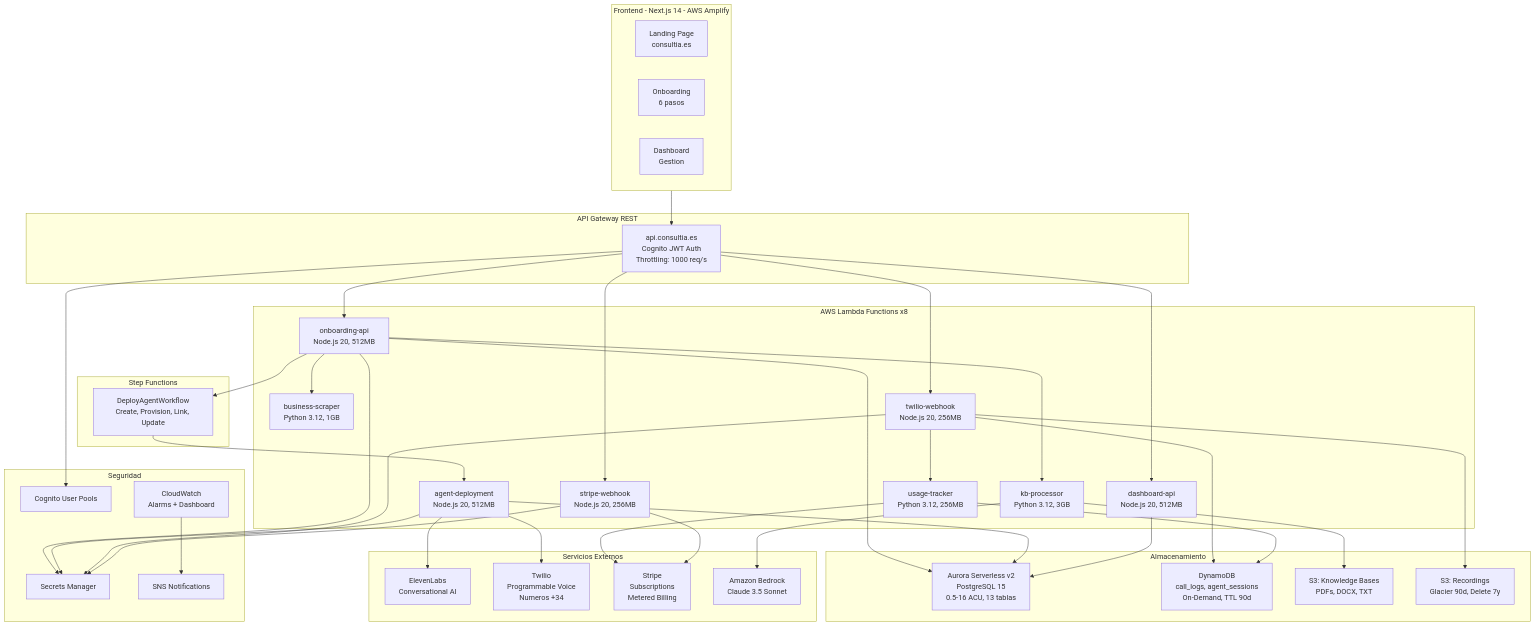
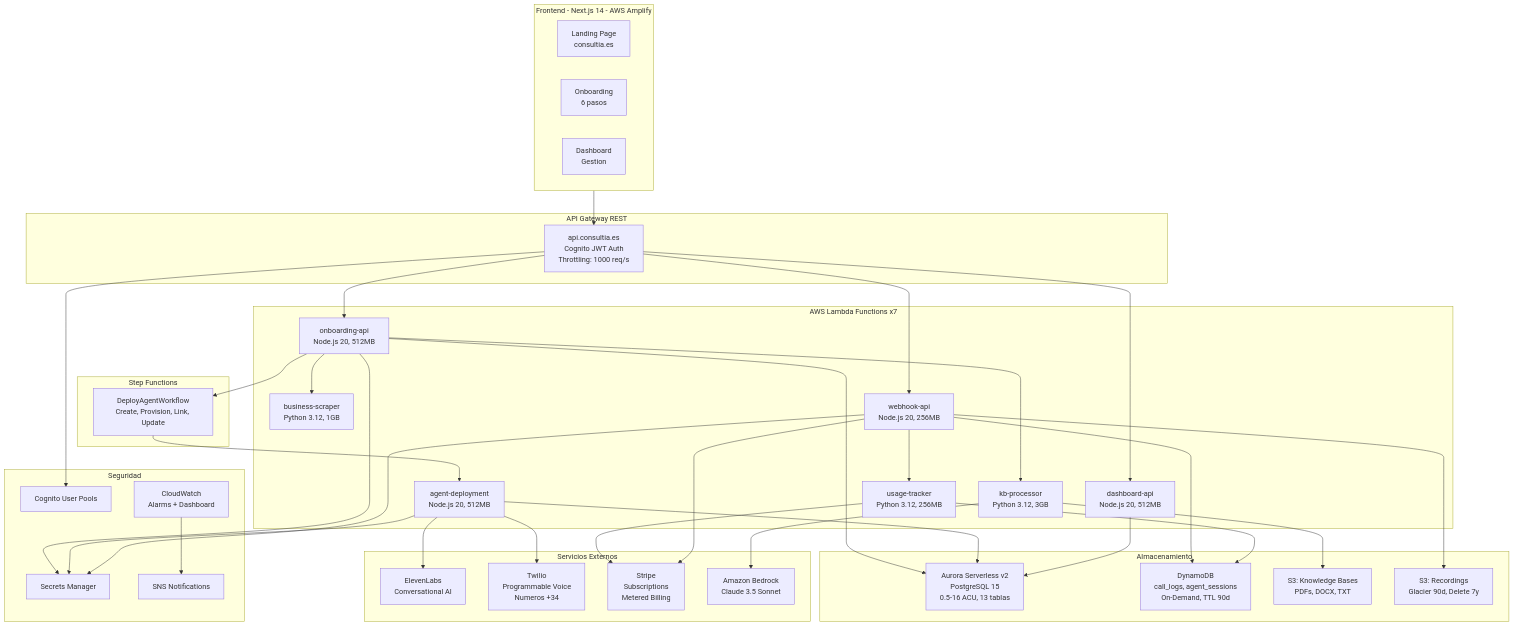
One commit to alvarojauna/consultia-landing changed the first of 3 diagrams in README.md. Above: the diagram before and after it, drawn with Mermaid. The commit also changed other lines of this file and 19 other files, not shown here.

````diff
--- a/README.md
+++ b/README.md
@@ -23,77 +23,74 @@
 ```mermaid
 graph TB
     subgraph Frontend["Frontend - Next.js 14 - AWS Amplify"]
         LP["Landing Page<br/>consultia.es"]
         OB["Onboarding<br/>6 pasos"]
         DB["Dashboard<br/>Gestion"]
     end
 
     subgraph APILayer["API Gateway REST"]
         AG["api.consultia.es<br/>Cognito JWT Auth<br/>Throttling: 1000 req/s"]
     end
 
-    subgraph Lambdas["AWS Lambda Functions x8"]
+    subgraph Lambdas["AWS Lambda Functions x7"]
         L1["onboarding-api<br/>Node.js 20, 512MB"]
         L2["business-scraper<br/>Python 3.12, 1GB"]
         L3["agent-deployment<br/>Node.js 20, 512MB"]
         L4["kb-processor<br/>Python 3.12, 3GB"]
-        L5["twilio-webhook<br/>Node.js 20, 256MB"]
-        L6["stripe-webhook<br/>Node.js 20, 256MB"]
-        L7["usage-tracker<br/>Python 3.12, 256MB"]
-        L8["dashboard-api<br/>Node.js 20, 512MB"]
+        L5["webhook-api<br/>Node.js 20, 256MB"]
+        L6["usage-tracker<br/>Python 3.12, 256MB"]
+        L7["dashboard-api<br/>Node.js 20, 512MB"]
     end
 
     subgraph Orchestration["Step Functions"]
         SF["DeployAgentWorkflow<br/>Create, Provision, Link, Update"]
     end
 
     subgraph Storage["Almacenamiento"]
         AU["Aurora Serverless v2<br/>PostgreSQL 15<br/>0.5-16 ACU, 13 tablas"]
         DY["DynamoDB<br/>call_logs, agent_sessions<br/>On-Demand, TTL 90d"]
         S3A["S3: Knowledge Bases<br/>PDFs, DOCX, TXT"]
         S3B["S3: Recordings<br/>Glacier 90d, Delete 7y"]
     end
 
     subgraph External["Servicios Externos"]
         EL["ElevenLabs<br/>Conversational AI"]
         TW["Twilio<br/>Programmable Voice<br/>Numeros +34"]
         ST["Stripe<br/>Subscriptions<br/>Metered Billing"]
         BR["Amazon Bedrock<br/>Claude 3.5 Sonnet"]
     end
 
     subgraph Security["Seguridad"]
         CO["Cognito User Pools"]
         SM["Secrets Manager"]
         CW["CloudWatch<br/>Alarms + Dashboard"]
         SNS["SNS Notifications"]
     end
 
     Frontend --> AG
     AG --> L1
     AG --> L5
-    AG --> L6
-    AG --> L8
+    AG --> L7
     L1 --> L2
     L1 --> SF
     SF --> L3
     L1 --> L4
     L4 --> BR
     L4 --> S3A
-    L5 --> L7
-    L7 --> ST
+    L5 --> L6
+    L6 --> ST
     L1 --> AU
     L3 --> AU
-    L8 --> AU
+    L7 --> AU
     L5 --> DY
-    L7 --> DY
+    L6 --> DY
     L3 --> EL
     L3 --> TW
-    L6 --> ST
+    L5 --> ST
     L5 --> S3B
     AG --> CO
     L1 --> SM
     L3 --> SM
     L5 --> SM
-    L6 --> SM
     CW --> SNS
 ```
````
